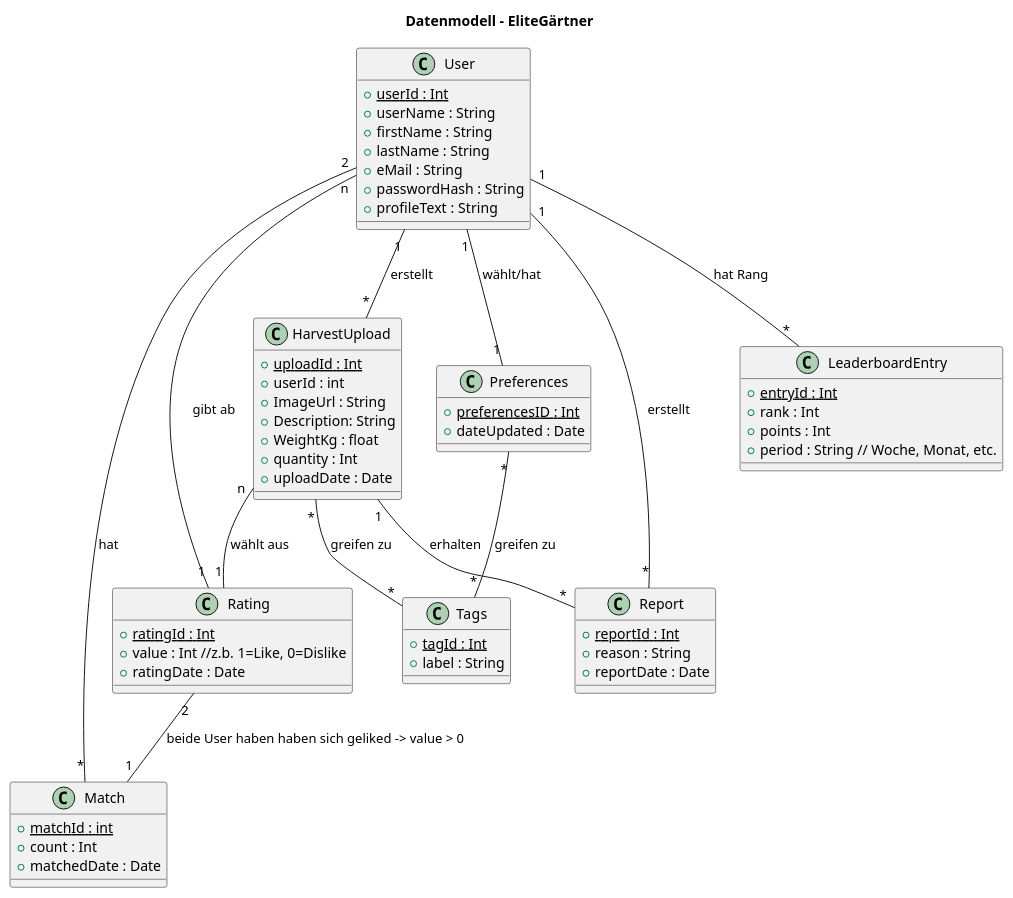
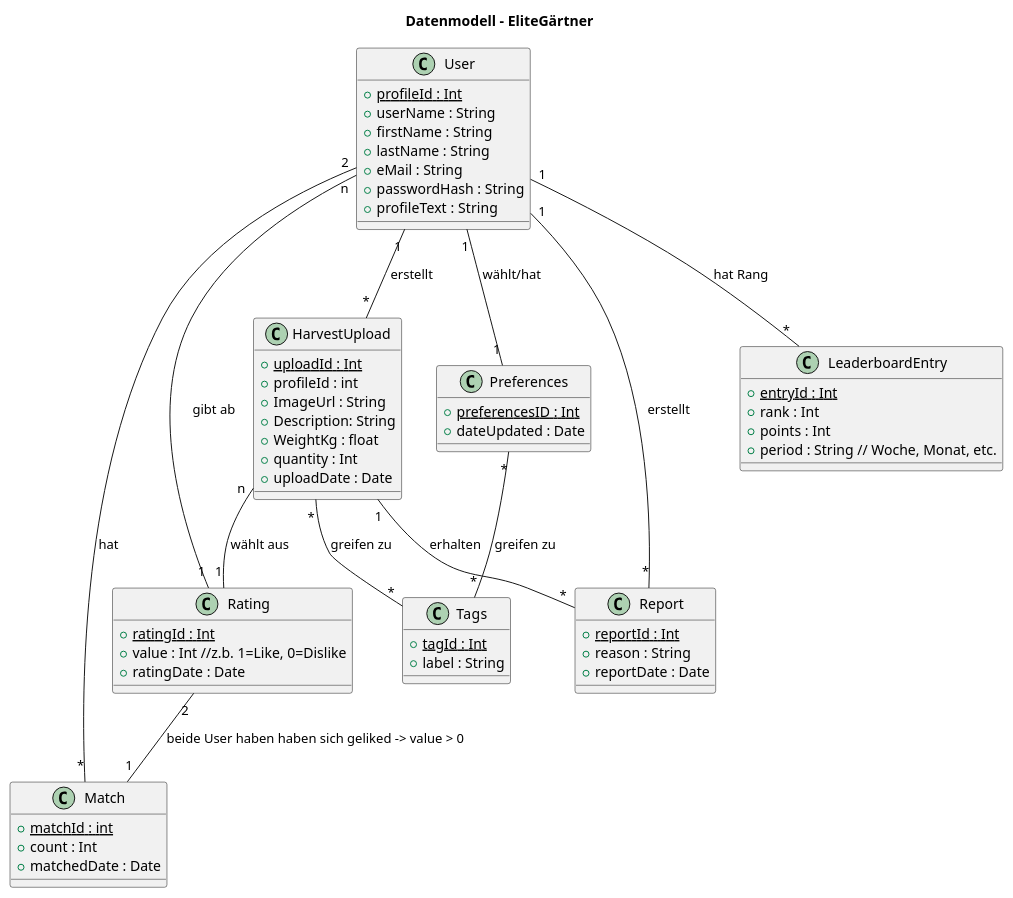
One commit to Team-Spassgetraenk/EliteGaertner changed the diagram in EliteGaertner/docs/Datenmodell2.0.puml. Above: the diagram before and after it, drawn with PlantUML. The commit also changed 31 other files, not shown here.

```diff
--- a/EliteGaertner/docs/Datenmodell2.0.puml
+++ b/EliteGaertner/docs/Datenmodell2.0.puml
@@ -1,90 +1,90 @@
 @startuml
 title Datenmodell – EliteGärtner
 
 
 skinparam ranksep 70
 
 class Match {
     +<u>matchId : int
     +count : Int
     +matchedDate : Date     
 }
 
 class User {
-    +<u>userId : Int 
+    +<u>profileId : Int 
     +userName : String 
     +firstName : String 
     +lastName : String 
     +eMail : String 
     +passwordHash : String 
     +profileText : String 
 }
 
 class Preferences {
     +<u>preferencesID : Int 
     +dateUpdated : Date 
 }
 
 class Tags {
     +<u>tagId : Int
     +label : String
 }
 
 class HarvestUpload {
     +<u>uploadId : Int 
-    +userId : int 
+    +profileId : int 
     +ImageUrl : String 
     +Description: String 
     +WeightKg : float 
     +quantity : Int 
     +uploadDate : Date 
 }
 
 class Rating {
     +<u>ratingId : Int
     +value : Int //z.b. 1=Like, 0=Dislike
     +ratingDate : Date
 }
 
 class Report {
   +<u>reportId : Int
   +reason : String
   +reportDate : Date
 }
 
 class LeaderboardEntry {
   +<u>entryId : Int
   +rank : Int
   +points : Int
   +period : String // Woche, Monat, etc.
 }
 
 
 
 '--- Beziehungen ---
 
 User "1" -- "*" LeaderboardEntry : hat Rang
 User "1" -- "1" Preferences : wählt/hat
 User "1" -- "*" HarvestUpload : erstellt
 User "1" -- "*" Report : erstellt
 User"2" -- "*"Match : hat
 
 Preferences "*" -- "*" Tags : greifen zu
 
 HarvestUpload "*" -- "*" Tags : greifen zu
 HarvestUpload "1" -- "*" Report : erhalten
 HarvestUpload "n" -- "1" Rating : wählt aus
 User "n" -- "1" Rating : gibt ab
 Rating "2" -- "1" Match : beide User haben haben sich geliked -> value > 0
 
 
 
 
 
 
 
 
 
 
 
 @enduml
```
